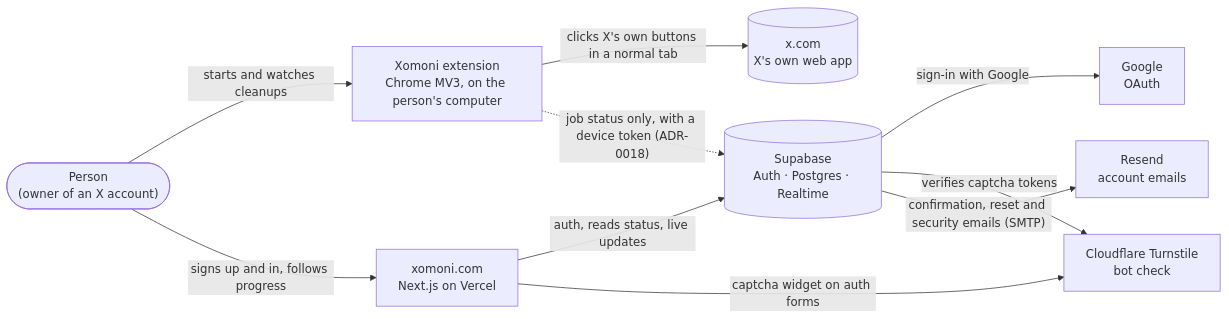
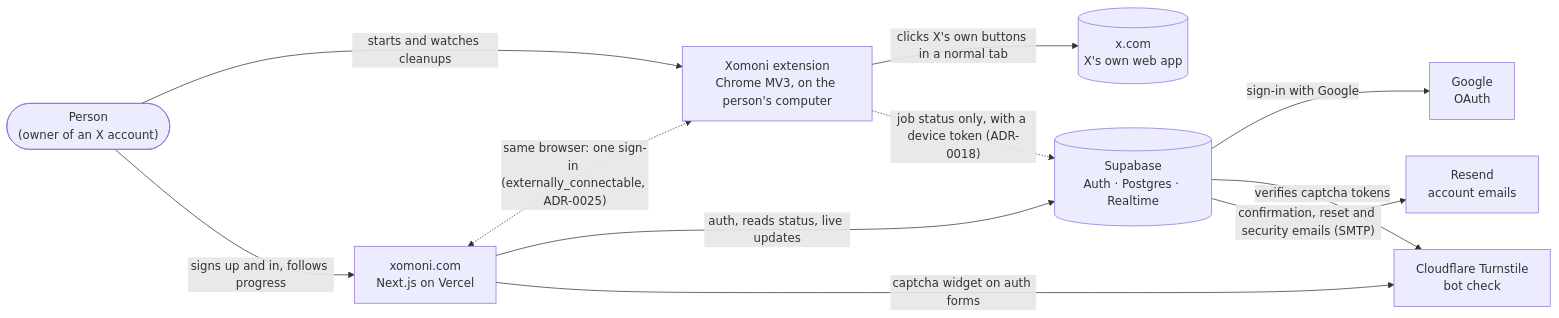
The first of 5 diagrams in docs/ARCHITECTURE.md (pirdehi/xomoni), drawn with Mermaid before and after one commit. The commit also changed other lines of this file and 76 other files, not shown here.

First line of the commit message:
One sign-in for xomoni.com and the extension (#232) (#236)

````diff
--- a/docs/ARCHITECTURE.md
+++ b/docs/ARCHITECTURE.md
@@ -29,21 +29,22 @@
 ```mermaid
 flowchart LR
   person(["Person<br/>(owner of an X account)"])
   ext["Xomoni extension<br/>Chrome MV3, on the person's computer"]
   web["xomoni.com<br/>Next.js on Vercel"]
   x[("x.com<br/>X's own web app")]
   sb[("Supabase<br/>Auth · Postgres · Realtime")]
   google["Google<br/>OAuth"]
   resend["Resend<br/>account emails"]
   turnstile["Cloudflare Turnstile<br/>bot check"]
 
   person -- "starts and watches cleanups" --> ext
   person -- "signs up and in, follows progress" --> web
   ext -- "clicks X's own buttons in a normal tab" --> x
   ext -. "job status only, with a device token (ADR-0018)" .-> sb
+  web <-. "same browser: one sign-in (externally_connectable, ADR-0025)" .-> ext
   web -- "auth, reads status, live updates" --> sb
   web -- "captcha widget on auth forms" --> turnstile
   sb -- "sign-in with Google" --> google
   sb -- "verifies captcha tokens" --> turnstile
   sb -- "confirmation, reset and security emails (SMTP)" --> resend
 ```
````
